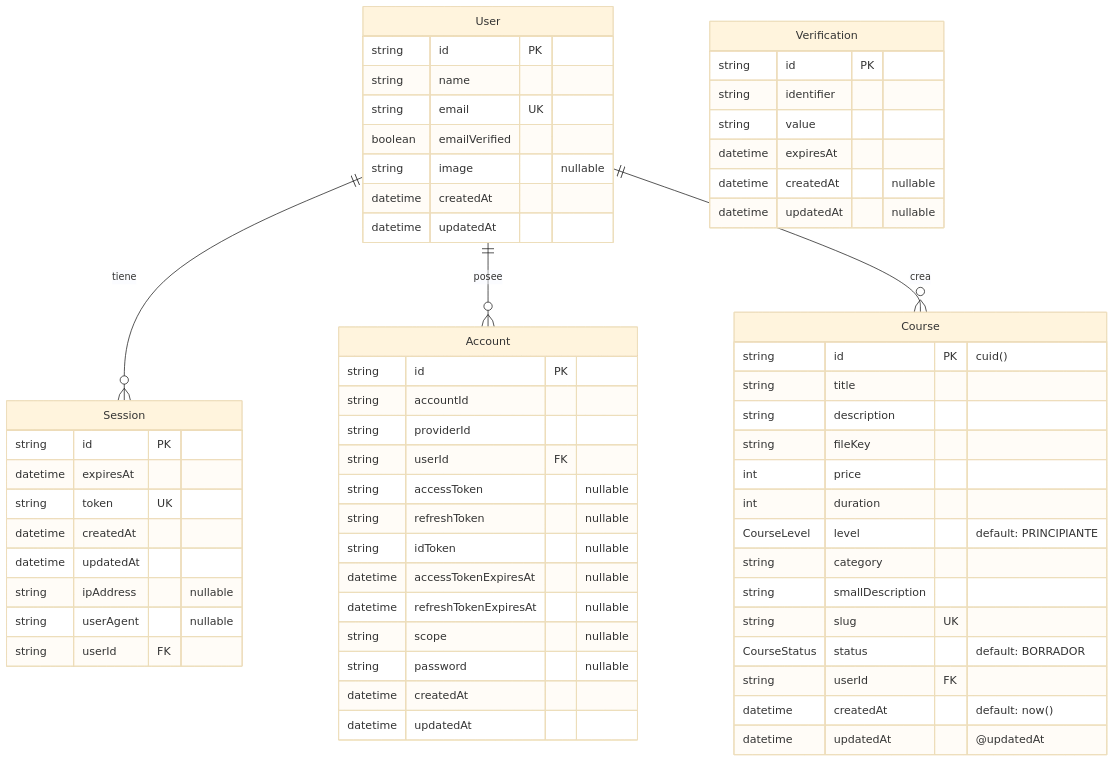
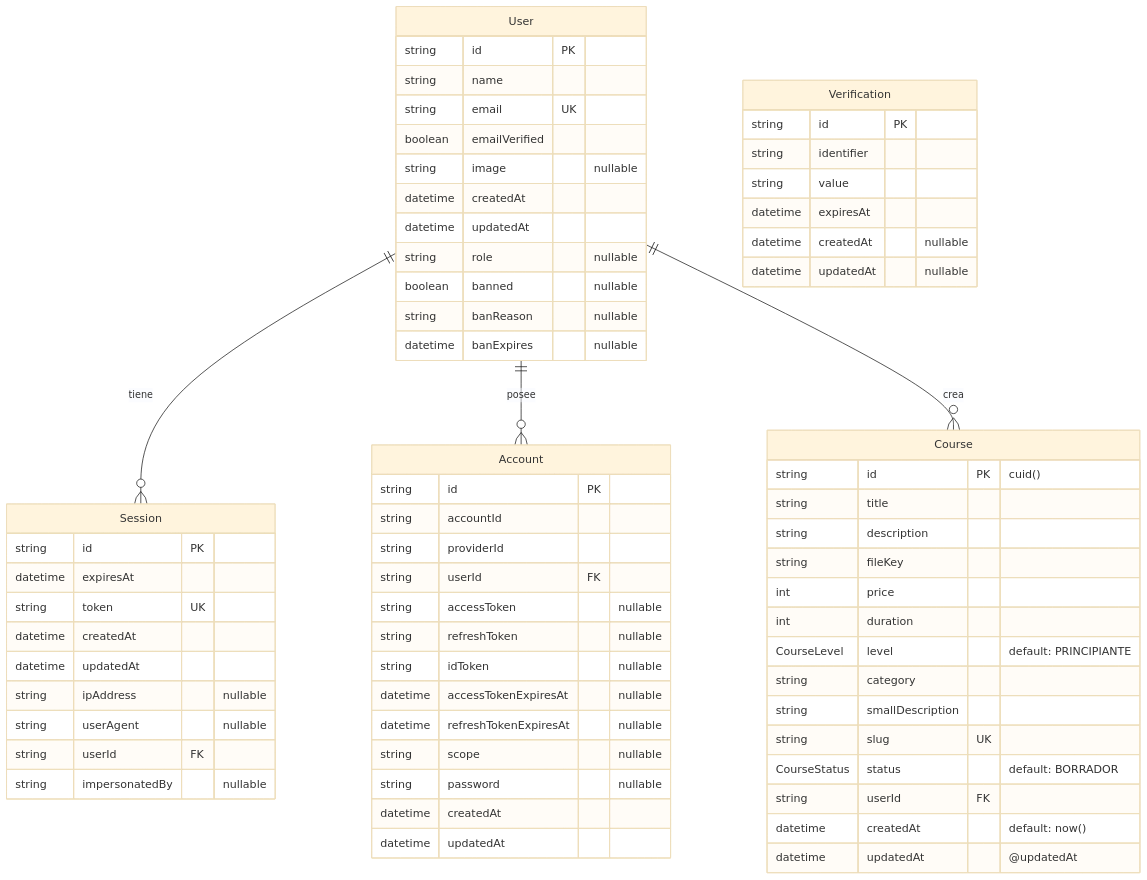
One commit to felipesanchez-dev/Open-Mind changed the diagram in prisma/structureDB.md. Above: the diagram before and after it, drawn with Mermaid (base theme). The commit also changed other lines of this file and 5 other files, not shown here.

````diff
--- a/prisma/structureDB.md
+++ b/prisma/structureDB.md
@@ -5,69 +20,74 @@
 ```mermaid
 erDiagram
     User ||--o{ Session : "tiene"
     User ||--o{ Account : "posee"
     User ||--o{ Course : "crea"
 
     User {
         string id PK
         string name
         string email UK
         boolean emailVerified
         string image "nullable"
         datetime createdAt
         datetime updatedAt
+        string role "nullable"
+        boolean banned "nullable"
+        string banReason "nullable"
+        datetime banExpires "nullable"
     }
 
     Session {
         string id PK
         datetime expiresAt
         string token UK
         datetime createdAt
         datetime updatedAt
         string ipAddress "nullable"
         string userAgent "nullable"
         string userId FK
+        string impersonatedBy "nullable"
     }
 
     Account {
         string id PK
         string accountId
         string providerId
         string userId FK
         string accessToken "nullable"
         string refreshToken "nullable"
         string idToken "nullable"
         datetime accessTokenExpiresAt "nullable"
         datetime refreshTokenExpiresAt "nullable"
         string scope "nullable"
         string password "nullable"
         datetime createdAt
         datetime updatedAt
     }
 
     Course {
         string id PK "cuid()"
         string title
         string description
         string fileKey
         int price
         int duration
         CourseLevel level "default: PRINCIPIANTE"
         string category
         string smallDescription
         string slug UK
         CourseStatus status "default: BORRADOR"
         string userId FK
         datetime createdAt "default: now()"
         datetime updatedAt "@updatedAt"
     }
 
     Verification {
         string id PK
         string identifier
         string value
         datetime expiresAt
         datetime createdAt "nullable"
         datetime updatedAt "nullable"
     }
 ```
````
